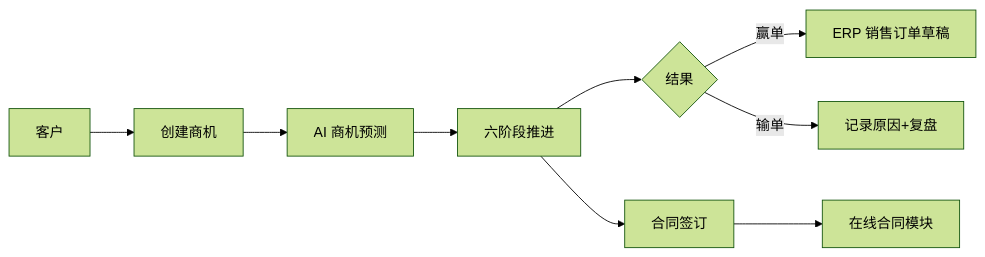
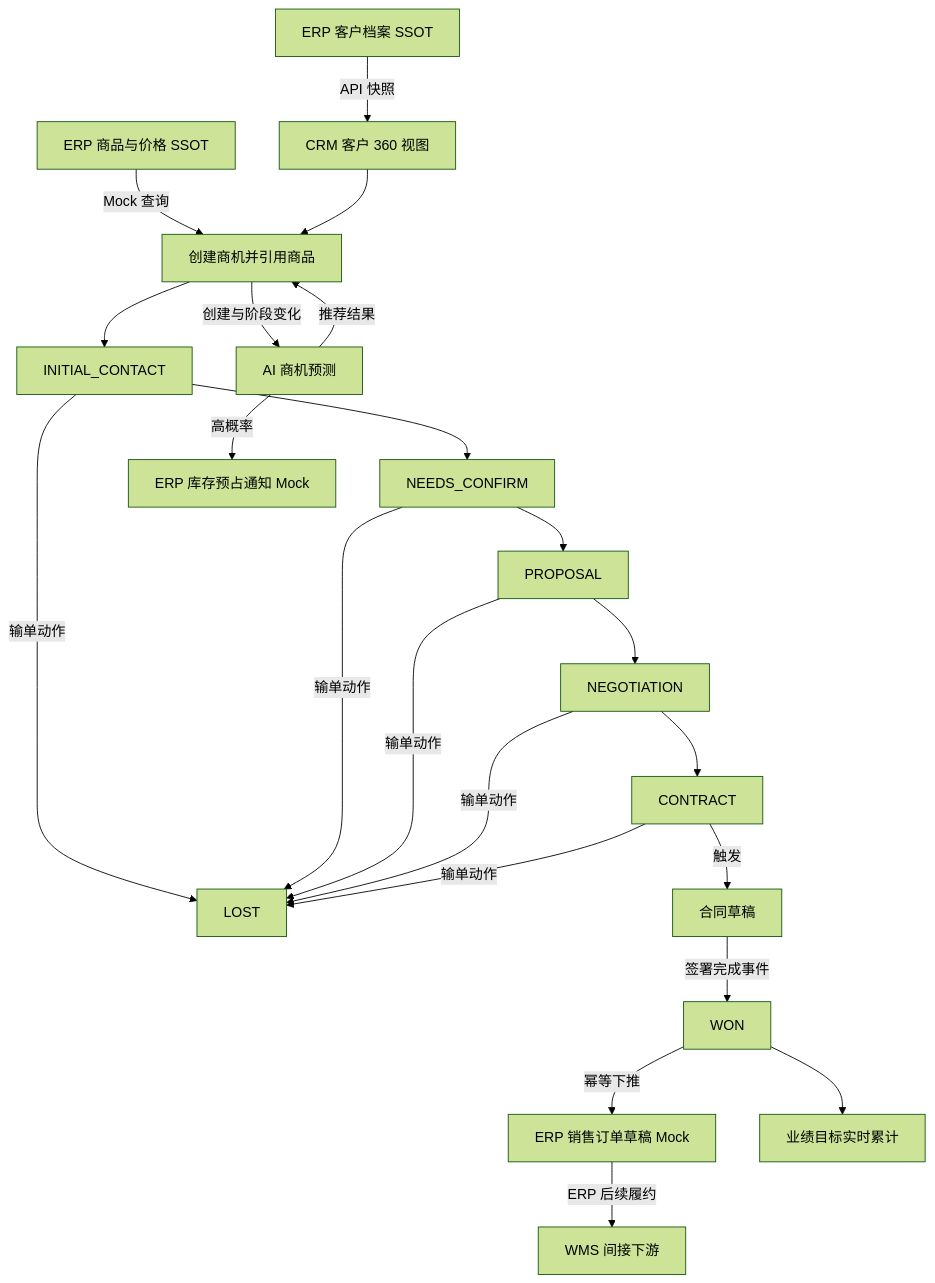
Before and after one commit to lophyJessica/forge-crm: the first of 2 diagrams in prd-docs/商机管理/商机主PRD.md, drawn with Mermaid (forest theme). The commit also changed other lines of this file and 24 other files, not shown here.

````diff
--- a/prd-docs/商机管理/商机主PRD.md
+++ b/prd-docs/商机管理/商机主PRD.md
@@ -53,11 +91,24 @@
 ```mermaid
-flowchart LR
-    A["客户"] --> B["创建商机"]
-    B --> C["AI 商机预测"]
-    C --> D["六阶段推进"]
-    D --> E{结果}
-    E -->|"赢单"| F["ERP 销售订单草稿"]
-    E -->|"输单"| G["记录原因+复盘"]
-    D --> H["合同签订"]
-    H --> I["在线合同模块"]
+flowchart TD
+    A["ERP 客户档案 SSOT"] -->|API 快照| B["CRM 客户 360 视图"]
+    C["ERP 商品与价格 SSOT"] -->|Mock 查询| D["创建商机并引用商品"]
+    B --> D
+    D --> E["INITIAL_CONTACT"]
+    E --> F["NEEDS_CONFIRM"]
+    F --> G["PROPOSAL"]
+    G --> H["NEGOTIATION"]
+    H --> I["CONTRACT"]
+    D -->|创建与阶段变化| J["AI 商机预测"]
+    J -->|高概率| K["ERP 库存预占通知 Mock"]
+    J -->|推荐结果| D
+    E -->|输单动作| L["LOST"]
+    F -->|输单动作| L
+    G -->|输单动作| L
+    H -->|输单动作| L
+    I -->|输单动作| L
+    I -->|触发| M["合同草稿"]
+    M -->|签署完成事件| N["WON"]
+    N -->|幂等下推| O["ERP 销售订单草稿 Mock"]
+    N --> P["业绩目标实时累计"]
+    O -->|ERP 后续履约| Q["WMS 间接下游"]
 ```
````
